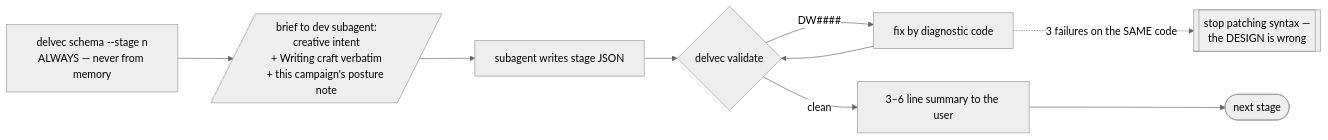
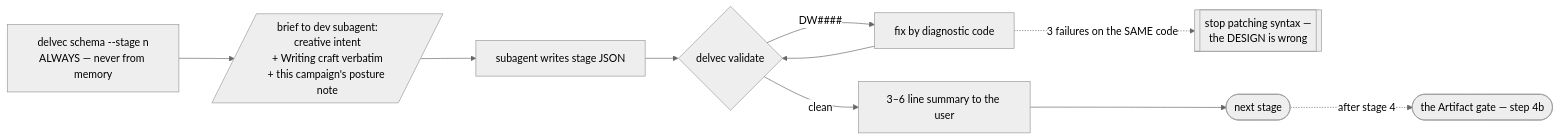
Before and after one commit to stellarfeline/delvewright: the second of 3 diagrams in docs/reference/skill-workflow.md, drawn with Mermaid (neutral theme). The commit also changed other lines of this file and 1 other file, not shown here.

````diff
--- a/docs/reference/skill-workflow.md
+++ b/docs/reference/skill-workflow.md
@@ -70,11 +75,12 @@
 ```mermaid
 flowchart LR
     SC["delvec schema --stage n<br/>ALWAYS — never from memory"] --> D[/"brief to dev subagent:<br/>creative intent<br/>+ Writing craft verbatim<br/>+ this campaign's posture note"/]
     D --> W[subagent writes stage JSON]
     W --> V{"delvec validate"}
     V -->|"DW####"| F[fix by diagnostic code]
     F --> V
     V -->|clean| SUM[3–6 line summary to the user]
     F -.->|3 failures on the SAME code| TH[[stop patching syntax —<br/>the DESIGN is wrong]]
     SUM --> NEXT([next stage])
+    NEXT -.after stage 4.-> GATE([the Artifact gate — step 4b])
 ```
````
